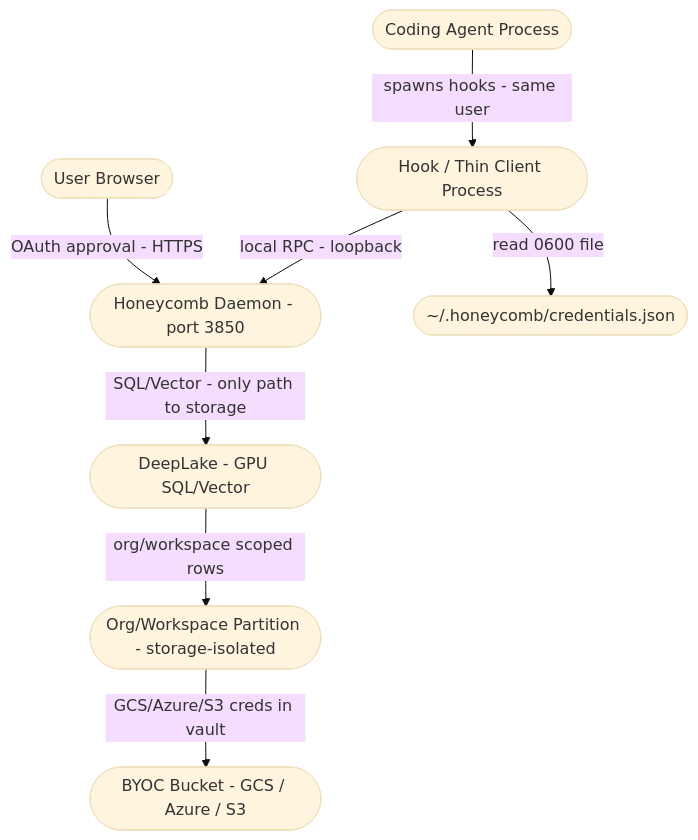
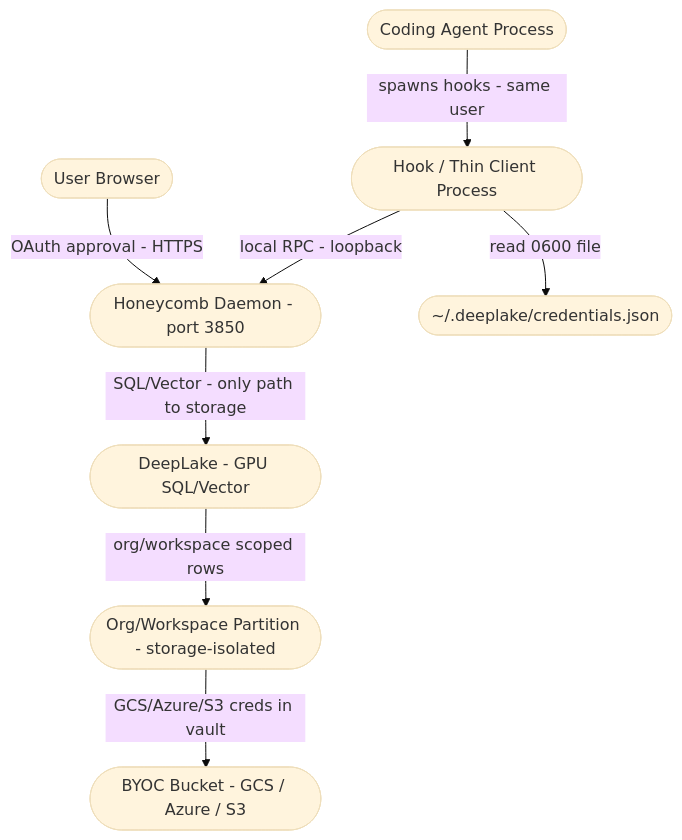
One commit to legioncodeinc/honeycomb changed the first of 2 diagrams in library/knowledge/private/security/trust-boundaries.md. Above: the diagram before and after it, drawn with Mermaid (base theme). The commit also changed other lines of this file and 1 other file, not shown here.

````diff
--- a/library/knowledge/private/security/trust-boundaries.md
+++ b/library/knowledge/private/security/trust-boundaries.md
@@ -18,19 +18,19 @@
 ```mermaid
 flowchart TD
     userBrowser([User Browser])
     agentProcess([Coding Agent Process])
     hookProcess([Hook / Thin Client Process])
     honeycombDaemon([Honeycomb Daemon - port 3850])
-    credFile([~/.honeycomb/credentials.json])
+    credFile([~/.deeplake/credentials.json])
     deeplakeStore([DeepLake - GPU SQL/Vector])
     tenantPartition([Org/Workspace Partition - storage-isolated])
     byocBucket([BYOC Bucket - GCS / Azure / S3])
 
     userBrowser -- "OAuth approval - HTTPS" --> honeycombDaemon
     agentProcess -- "spawns hooks - same user" --> hookProcess
     hookProcess -- "read 0600 file" --> credFile
     hookProcess -- "local RPC - loopback" --> honeycombDaemon
     honeycombDaemon -- "SQL/Vector - only path to storage" --> deeplakeStore
     deeplakeStore -- "org/workspace scoped rows" --> tenantPartition
     tenantPartition -- "GCS/Azure/S3 creds in vault" --> byocBucket
 ```
````
